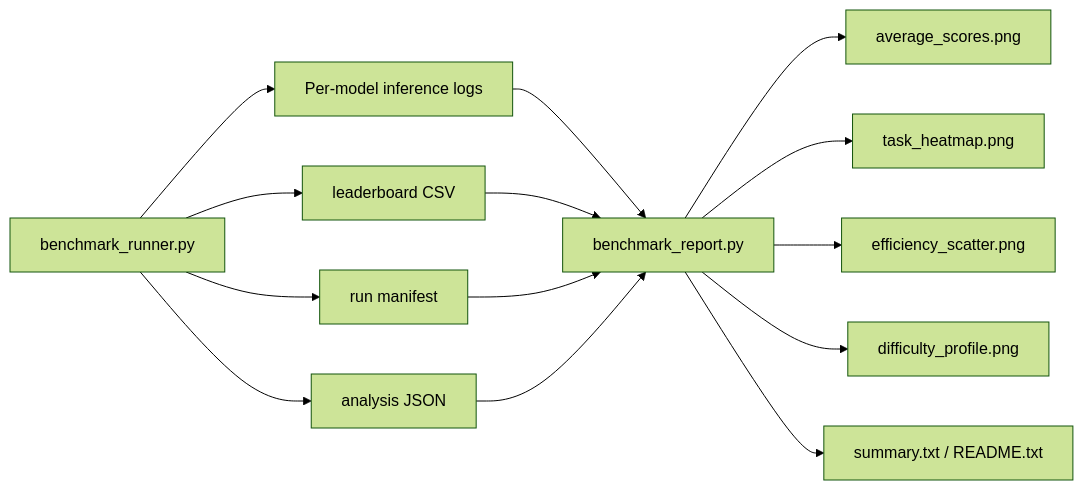
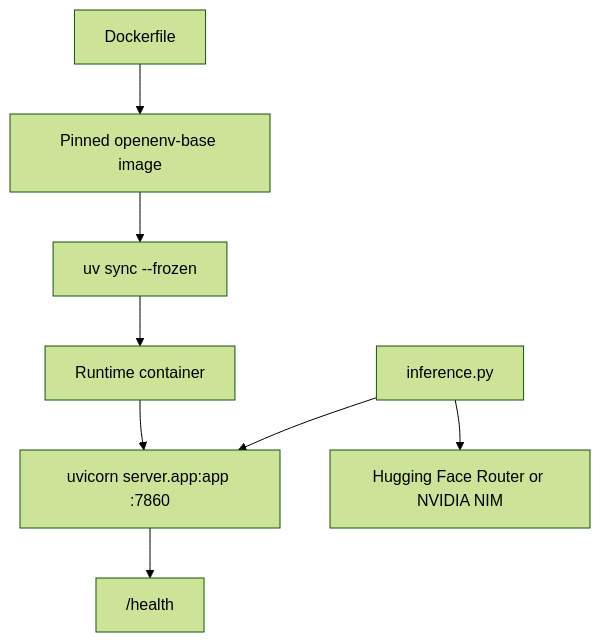
One commit to HeetRanpura/rl-agent changed the fourth of 5 diagrams in README.md. Above: the diagram before and after it, drawn with Mermaid (forest theme). The commit also changed other lines of this file and 20 other files, not shown here.

````diff
--- a/README.md
+++ b/README.md
@@ -463,16 +344,10 @@
 ```mermaid
-flowchart LR
-    A["benchmark_runner.py"] --> B["Per-model inference logs"]
-    A --> C["leaderboard CSV"]
-    A --> D["run manifest"]
-    A --> E["analysis JSON"]
-    B --> F["benchmark_report.py"]
-    C --> F
-    D --> F
-    E --> F
-    F --> G["average_scores.png"]
-    F --> H["task_heatmap.png"]
-    F --> I["efficiency_scatter.png"]
-    F --> J["difficulty_profile.png"]
-    F --> K["summary.txt / README.txt"]
+flowchart TD
+    A["Dockerfile"] --> B["Pinned openenv-base image"]
+    B --> C["uv sync --frozen"]
+    C --> D["Runtime container"]
+    D --> E["uvicorn server.app:app :7860"]
+    E --> F["/health"]
+    G["inference.py"] --> H["Hugging Face Router or NVIDIA NIM"]
+    G --> E
 ```
````
